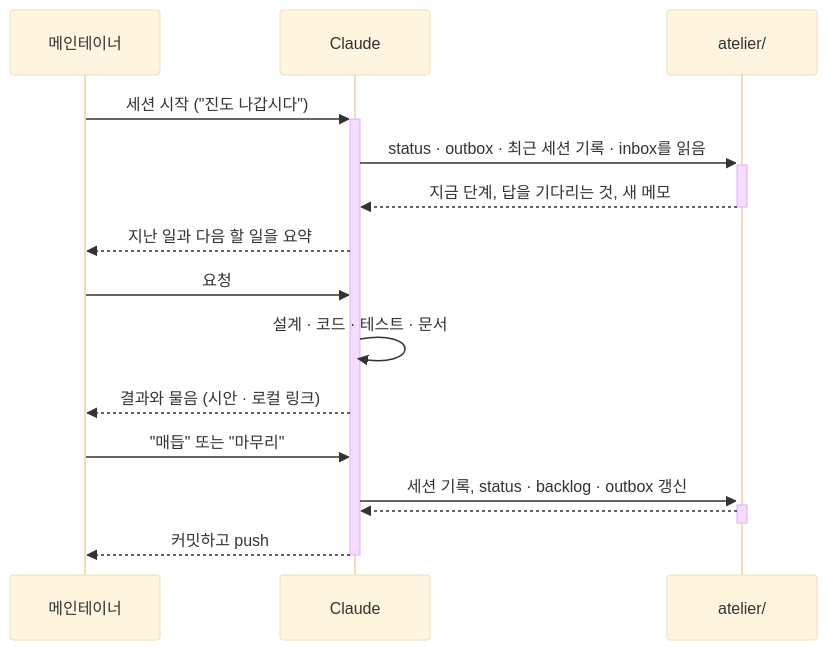
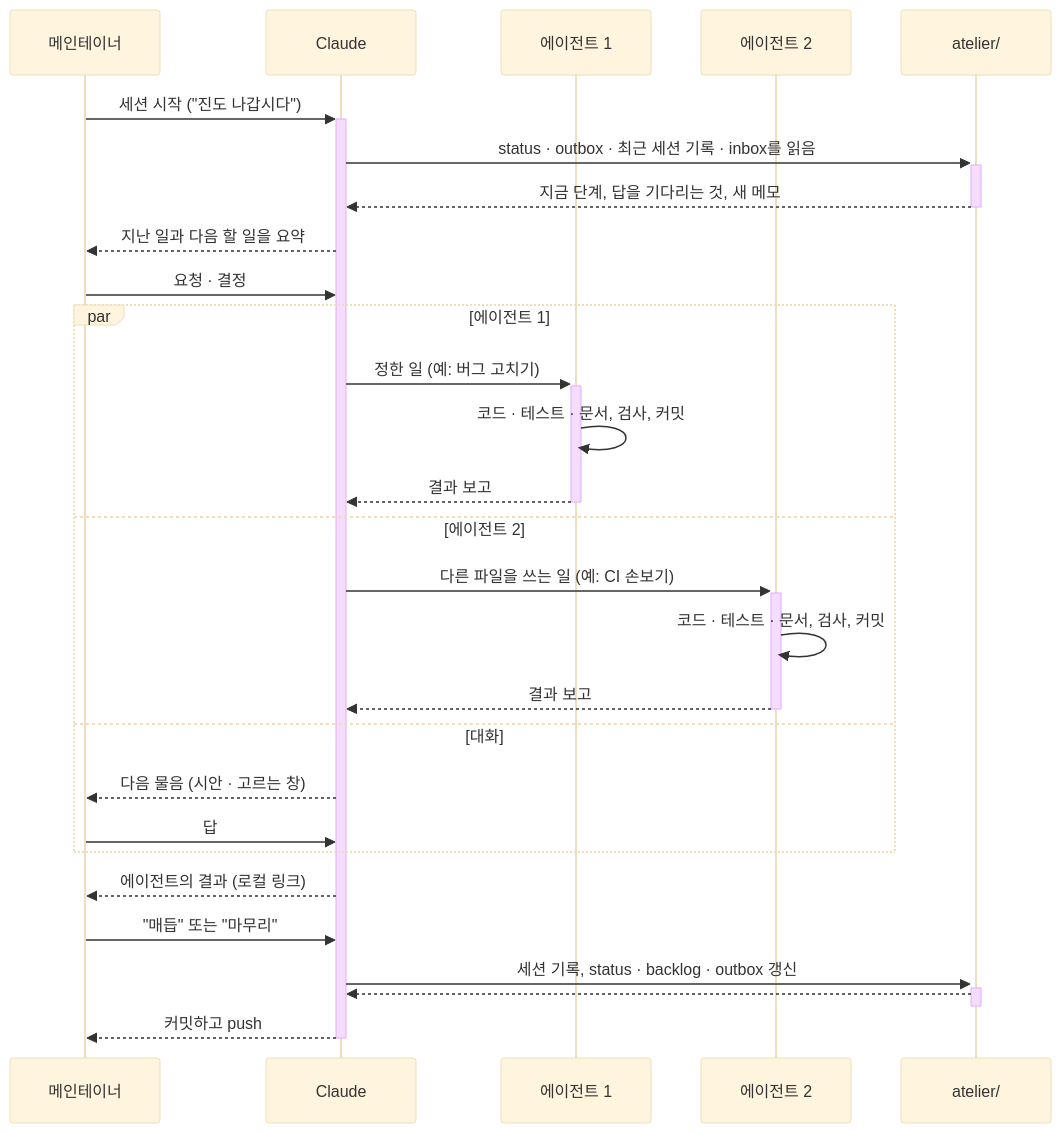
Before and after one commit to reddiana/AriadneNSD: the second of 3 diagrams in atelier/how-we-work.md, drawn with Mermaid (base theme).

Commit message:
how-we-work: 세션의 리듬 그림에 에이전트 둘과 병렬(par)을 넣음

````diff
--- a/atelier/how-we-work.md
+++ b/atelier/how-we-work.md
@@ -40,17 +40,30 @@
 ```mermaid
 sequenceDiagram
   participant M as 메인테이너
   participant C as Claude
+  participant G1 as 에이전트 1
+  participant G2 as 에이전트 2
   participant A as atelier/
   M->>+C: 세션 시작 ("진도 나갑시다")
   C->>+A: status · outbox · 최근 세션 기록 · inbox를 읽음
   A-->>-C: 지금 단계, 답을 기다리는 것, 새 메모
   C-->>M: 지난 일과 다음 할 일을 요약
-  M->>C: 요청
-  C->>C: 설계 · 코드 · 테스트 · 문서
-  C-->>M: 결과와 물음 (시안 · 로컬 링크)
+  M->>C: 요청 · 결정
+  par 에이전트 1
+    C->>+G1: 정한 일 (예: 버그 고치기)
+    G1->>G1: 코드 · 테스트 · 문서, 검사, 커밋
+    G1-->>-C: 결과 보고
+  and 에이전트 2
+    C->>+G2: 다른 파일을 쓰는 일 (예: CI 손보기)
+    G2->>G2: 코드 · 테스트 · 문서, 검사, 커밋
+    G2-->>-C: 결과 보고
+  and 대화
+    C-->>M: 다음 물음 (시안 · 고르는 창)
+    M->>C: 답
+  end
+  C-->>M: 에이전트의 결과 (로컬 링크)
   M->>C: "매듭" 또는 "마무리"
   C->>+A: 세션 기록, status · backlog · outbox 갱신
   A-->>-C: 
   C-->>-M: 커밋하고 push
 ```
````
